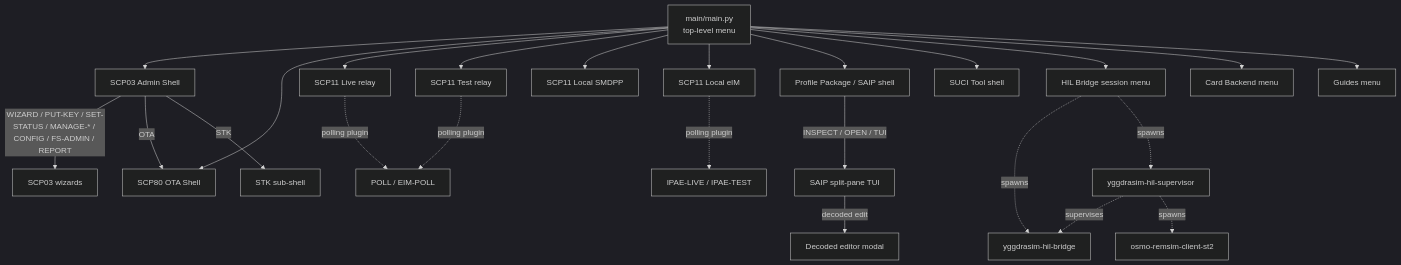
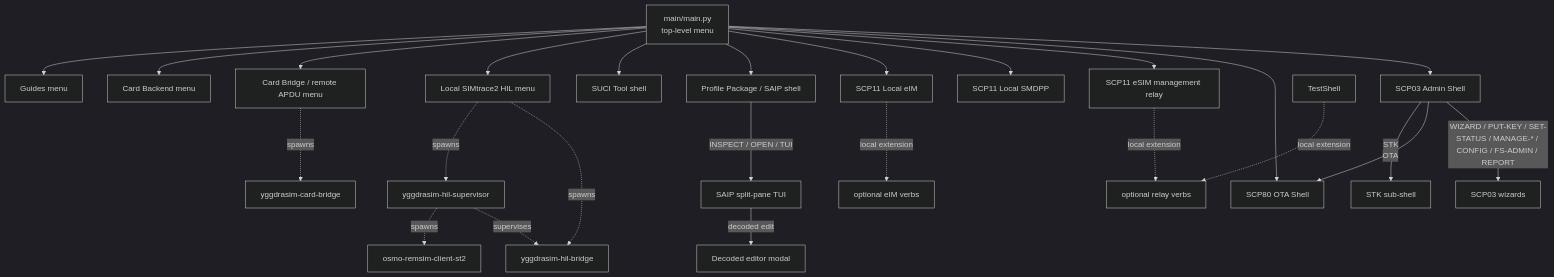
One commit to 1oT/YggdraSIM changed the diagram in site-docs/reference/command-suite.md. Above: the diagram before and after it, drawn with Mermaid (dark theme). The commit also changed other lines of this file and 1187 other files, not shown here.

````diff
--- a/site-docs/reference/command-suite.md
+++ b/site-docs/reference/command-suite.md
@@ -43,26 +48,27 @@
 ```mermaid
 flowchart TD
     Launcher["main/main.py<br/>top-level menu"] --> SCP03["SCP03 Admin Shell"]
     Launcher --> SCP80["SCP80 OTA Shell"]
-    Launcher --> LiveShell["SCP11 Live relay"]
-    Launcher --> TestShell["SCP11 Test relay"]
+    Launcher --> LiveShell["SCP11 eSIM management relay"]
     Launcher --> LocalShell["SCP11 Local SMDPP"]
     Launcher --> EimShell["SCP11 Local eIM"]
     Launcher --> ProfileShell["Profile Package / SAIP shell"]
     Launcher --> SuciShell["SUCI Tool shell"]
-    Launcher --> HilMenu["HIL Bridge session menu"]
+    Launcher --> HilMenu["Local SIMtrace2 HIL menu"]
+    Launcher --> CardBridgeMenu["Card Bridge / remote APDU menu"]
     Launcher --> Backend["Card Backend menu"]
     Launcher --> Guides["Guides menu"]
     HilMenu -. spawns .-> HilBridge["yggdrasim-hil-bridge"]
     HilMenu -. spawns .-> HilSup["yggdrasim-hil-supervisor"]
     HilSup -. supervises .-> HilBridge
     HilSup -. spawns .-> Remsim["osmo-remsim-client-st2"]
+    CardBridgeMenu -. spawns .-> CardBridge["yggdrasim-card-bridge"]
     SCP03 -- WIZARD / PUT-KEY / SET-STATUS / MANAGE-* / CONFIG / FS-ADMIN / REPORT --> SCP03Wiz["SCP03 wizards"]
     SCP03 -- OTA --> SCP80
     SCP03 -- STK --> StkSub["STK sub-shell"]
     ProfileShell -- INSPECT / OPEN / TUI --> SaipTui["SAIP split-pane TUI"]
     SaipTui -- decoded edit --> SaipModal["Decoded editor modal"]
-    LiveShell -. polling plugin .-> PollCmd["POLL / EIM-POLL"]
-    TestShell -. polling plugin .-> PollCmd
-    EimShell -. polling plugin .-> IpaeCmd["IPAE-LIVE / IPAE-TEST"]
+    LiveShell -. local extension .-> RelayExt["optional relay verbs"]
+    TestShell -. local extension .-> RelayExt
+    EimShell -. local extension .-> EimExt["optional eIM verbs"]
 ```
````
